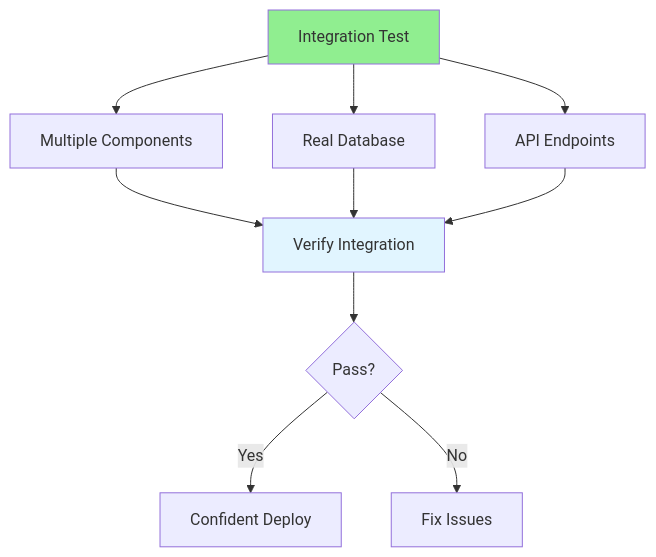
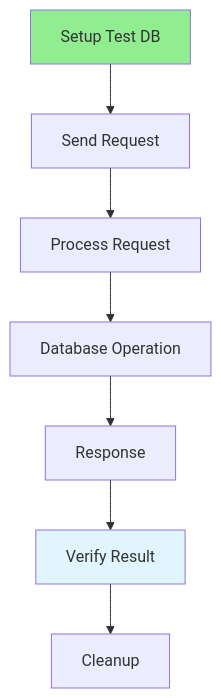
Before and after one commit to iouthnamain/tech-note: the diagram in Full-Stack-Guides/Group-07-Unit-Test-Debug/07.05_Integration_Test.md, drawn with Mermaid. The commit also changed other lines of this file and 480 other files, not shown here.

````diff
--- a/Full-Stack-Guides/Group-07-Unit-Test-Debug/07.05_Integration_Test.md
+++ b/Full-Stack-Guides/Group-07-Unit-Test-Debug/07.05_Integration_Test.md
@@ -22,17 +22,12 @@
 ```mermaid
-graph TD
-    Test[Integration Test] --> Components[Multiple Components]
-    Test --> Database[Real Database]
-    Test --> API[API Endpoints]
+flowchart TD
+    Setup[Setup Test DB] --> Request[Send Request]
+    Request --> Process[Process Request]
+    Process --> Database[Database Operation]
+    Database --> Response[Response]
+    Response --> Verify[Verify Result]
+    Verify --> Cleanup[Cleanup]
     
-    Components --> Verify[Verify Integration]
-    Database --> Verify
-    API --> Verify
-    
-    Verify --> Pass{Pass?}
-    Pass -->|Yes| Deploy[Confident Deploy]
-    Pass -->|No| Fix[Fix Issues]
-    
-    style Test fill:#90EE90
+    style Setup fill:#90EE90
     style Verify fill:#e1f5ff
 ```
````
